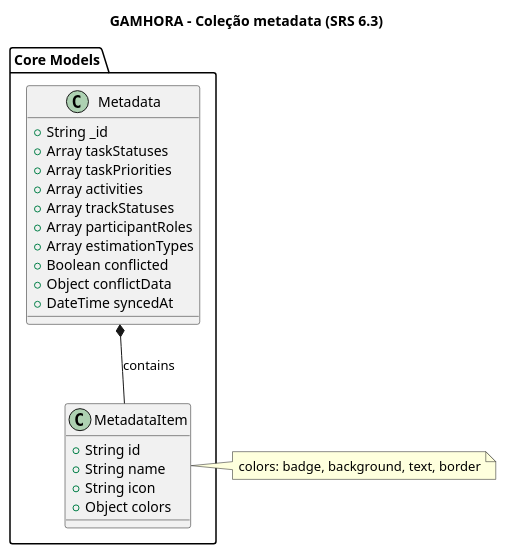
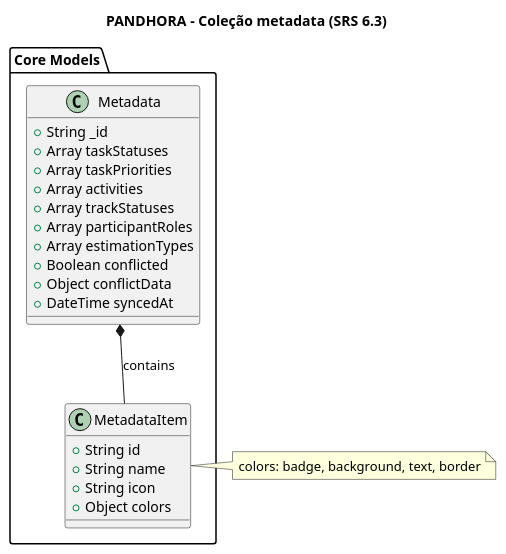
One commit to Gustavohps10/gamhora changed the diagram in docs/srs/diagrams/puml/classes/diagram-classes-003-metadata.puml. Above: the diagram before and after it, drawn with PlantUML. The commit also changed 317 other files, not shown here.

```diff
--- a/docs/srs/diagrams/puml/classes/diagram-classes-003-metadata.puml
+++ b/docs/srs/diagrams/puml/classes/diagram-classes-003-metadata.puml
@@ -1,28 +1,28 @@
 @startuml ClassMetadata
-title GAMHORA - Coleção metadata (SRS 6.3)
+title PANDHORA - Coleção metadata (SRS 6.3)
 package "Core Models" {
     class Metadata {
         +String _id
         +Array taskStatuses
         +Array taskPriorities
         +Array activities
         +Array trackStatuses
         +Array participantRoles
         +Array estimationTypes
         +Boolean conflicted
         +Object conflictData
         +DateTime syncedAt
     }
     
     class MetadataItem {
         +String id
         +String name
         +String icon
         +Object colors
     }
 }
 Metadata *-- MetadataItem : contains
 note right of MetadataItem
   colors: badge, background, text, border
 end note
 @enduml
```
